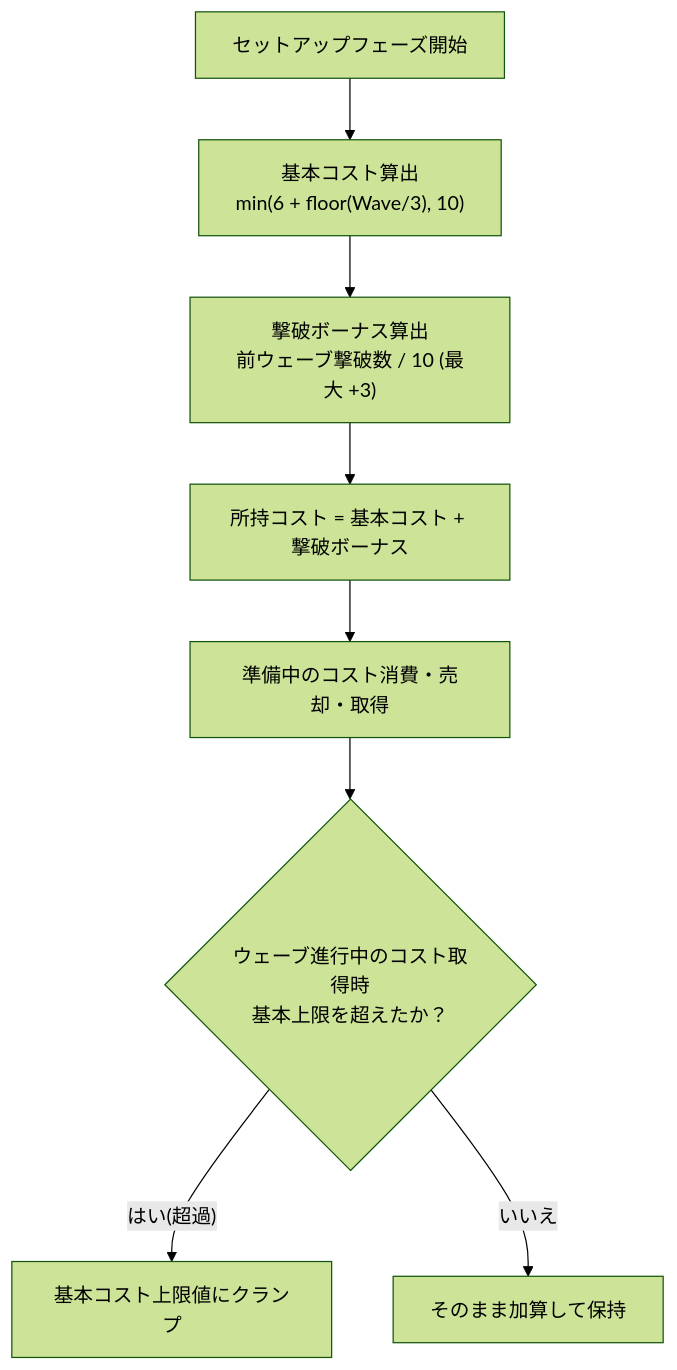
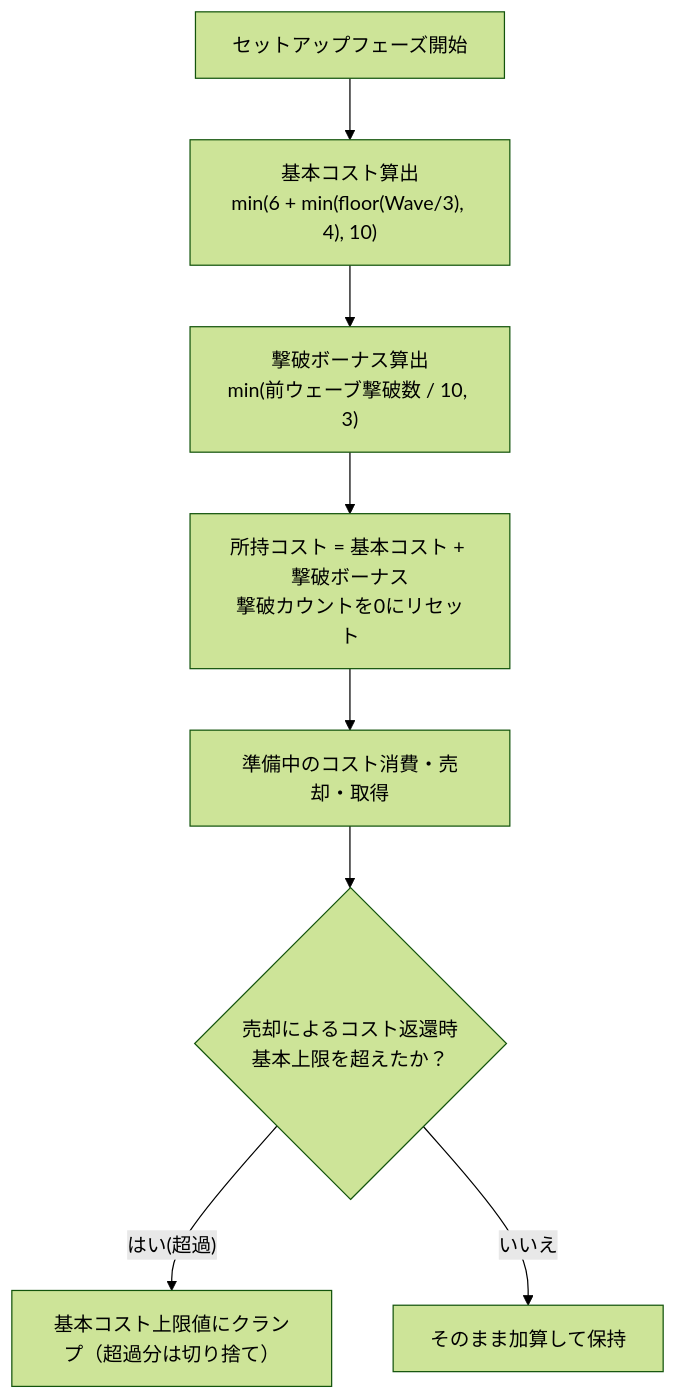
The first of 8 diagrams in ゲームバランス調整用仕様書.md (sunaiw/4th_PJ), drawn with Mermaid (forest theme) before and after one commit. The commit also changed other lines of this file and 10 other files, not shown here.

````diff
--- a/ゲームバランス調整用仕様書.md
+++ b/ゲームバランス調整用仕様書.md
@@ -24,10 +41,10 @@
 ```mermaid
 flowchart TD
-    Start["セットアップフェーズ開始"] --> CalcBase["基本コスト算出<br/>min(6 + floor(Wave/3), 10)"]
-    CalcBase --> CalcBonus["撃破ボーナス算出<br/>前ウェーブ撃破数 / 10 (最大 +3)"]
-    CalcBonus --> Reset["所持コスト = 基本コスト + 撃破ボーナス"]
+    Start["セットアップフェーズ開始"] --> CalcBase["基本コスト算出<br/>min(6 + min(floor(Wave/3), 4), 10)"]
+    CalcBase --> CalcBonus["撃破ボーナス算出<br/>min(前ウェーブ撃破数 / 10, 3)"]
+    CalcBonus --> Reset["所持コスト = 基本コスト + 撃破ボーナス<br/>撃破カウントを0にリセット"]
     Reset --> Play["準備中のコスト消費・売却・取得"]
-    Play --> LimitCheck{"ウェーブ進行中のコスト取得時<br/>基本上限を超えたか？"}
-    LimitCheck -- "はい(超過)" --> Clamp["基本コスト上限値にクランプ"]
+    Play --> LimitCheck{"売却によるコスト返還時<br/>基本上限を超えたか？"}
+    LimitCheck -- "はい(超過)" --> Clamp["基本コスト上限値にクランプ（超過分は切り捨て）"]
     LimitCheck -- "いいえ" --> Keep["そのまま加算して保持"]
 ```
````
